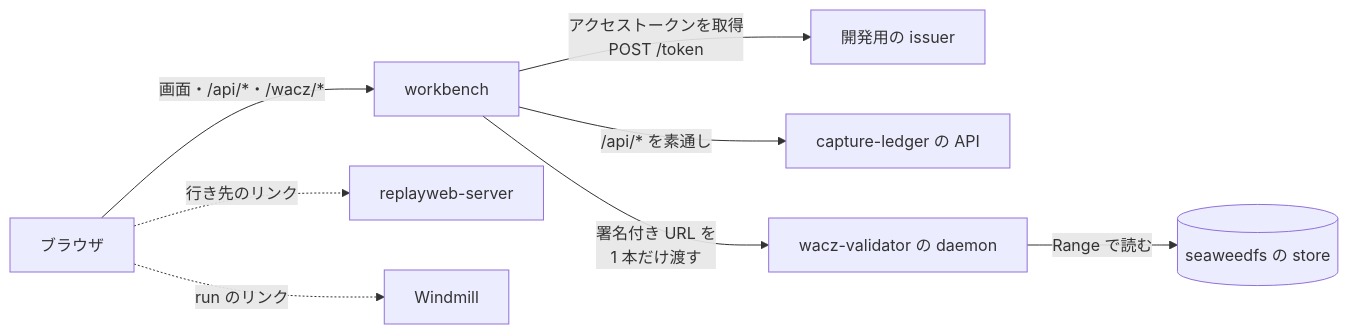
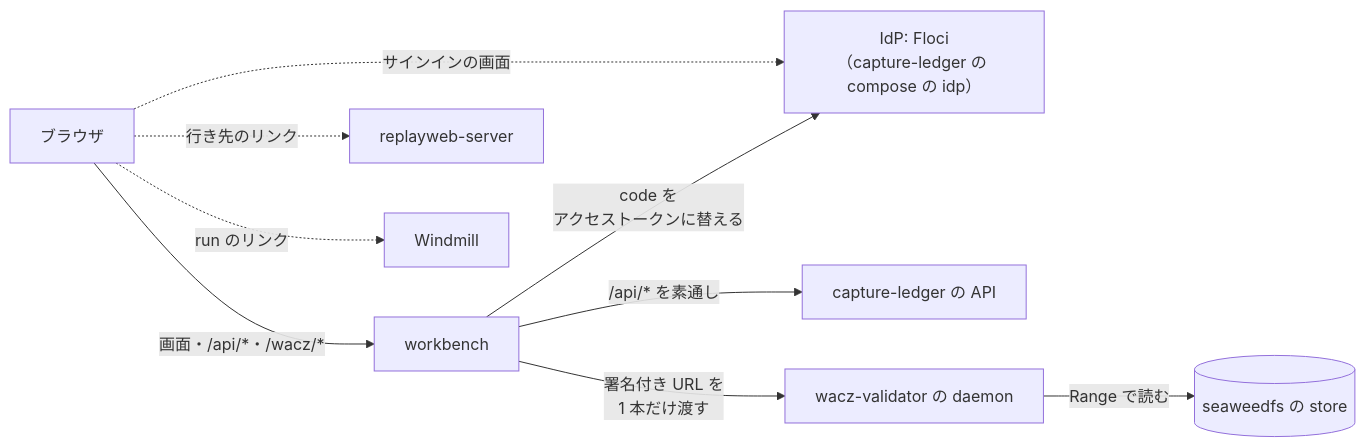
The diagram in docs-site/src/content/docs/ja/index.md (uraitakahito/capture-workbench), drawn with Mermaid before and after one commit. The commit also changed other lines of this file and 24 other files, not shown here.

First line of the commit message:
feat!: 人の名乗りを IdP のサインイン（authorization code と PKCE）にする（CAPTURE-185） (#92)

````diff
--- a/docs-site/src/content/docs/ja/index.md
+++ b/docs-site/src/content/docs/ja/index.md
@@ -18,10 +18,11 @@
 ```mermaid
 flowchart LR
   B["ブラウザ"] -->|"画面・/api/*・/wacz/*"| D["workbench"]
-  D -->|"アクセストークンを取得<br/>POST /token"| I["開発用の issuer"]
+  B -.->|"サインインの画面"| I["IdP: Floci<br/>（capture-ledger の compose の idp）"]
+  D -->|"code を<br/>アクセストークンに替える"| I
   D -->|"/api/* を素通し"| L["capture-ledger の API"]
   D -->|"署名付き URL を<br/>1 本だけ渡す"| V["wacz-validator の daemon"]
   V -->|"Range で読む"| S[("seaweedfs の store")]
   B -.->|"行き先のリンク"| R["replayweb-server"]
   B -.->|"run のリンク"| W["Windmill"]
 ```
````
